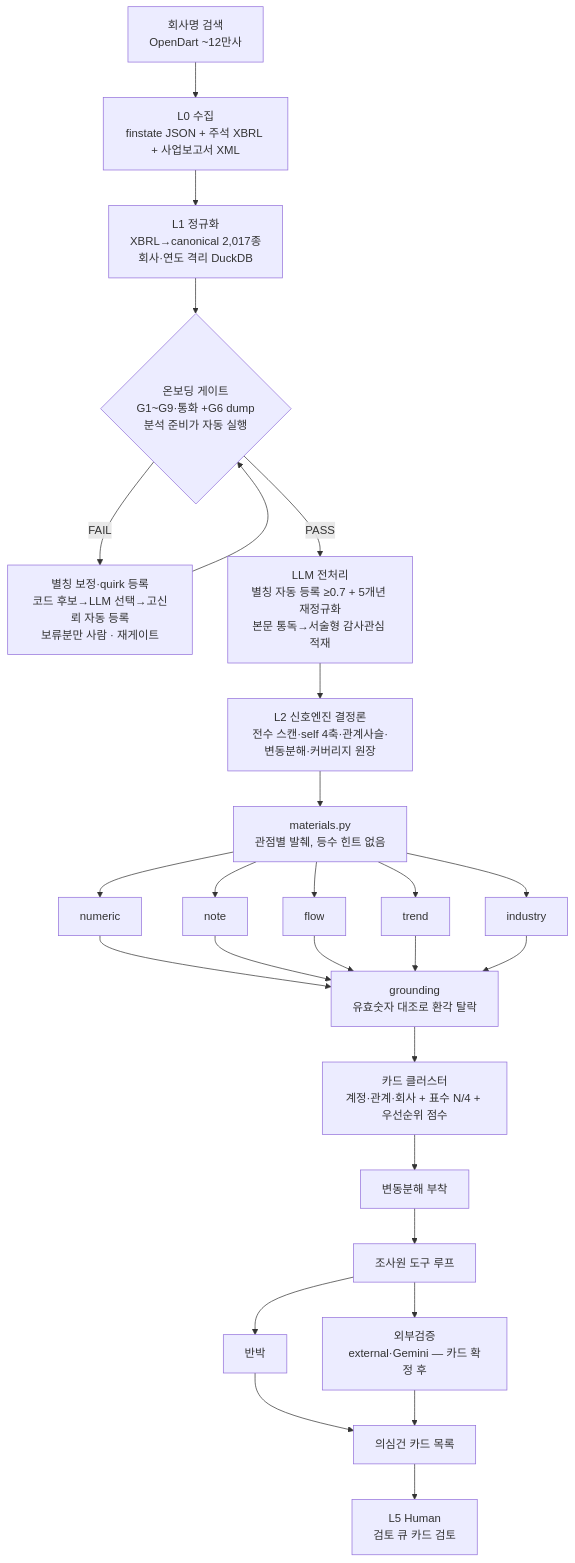
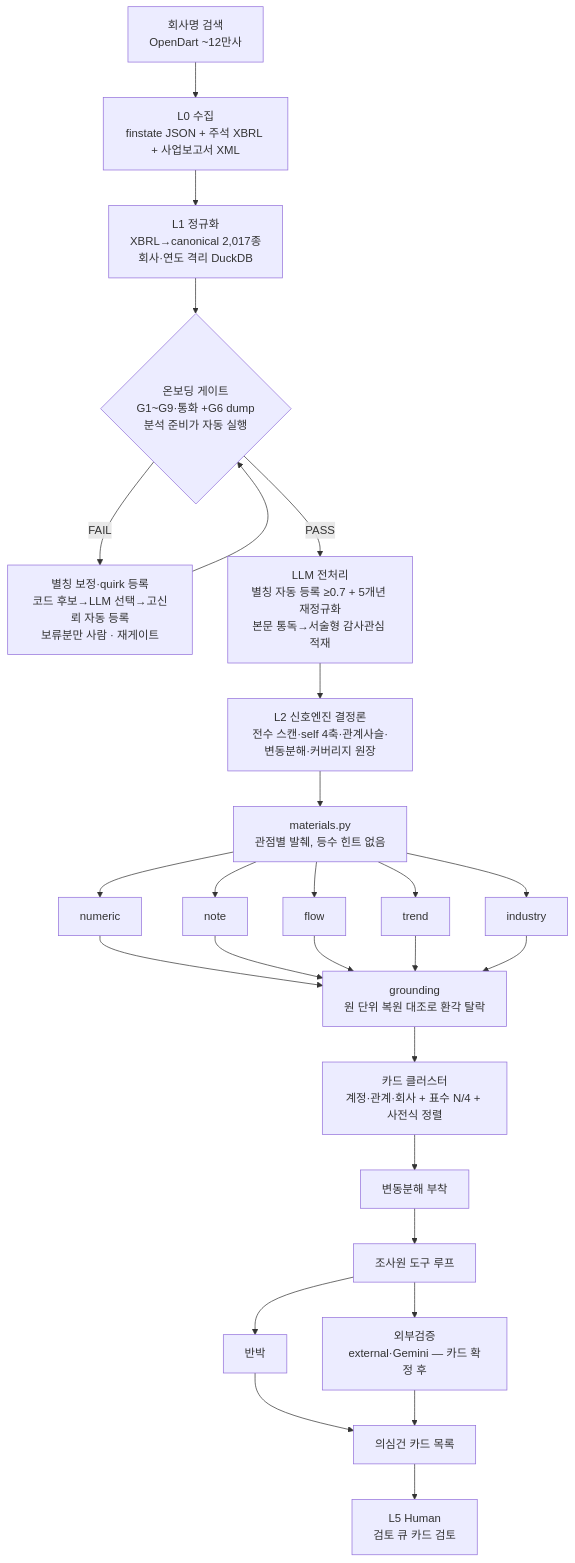
One commit to ghdtjrgns321-creator/fs-multi-analyzer changed the diagram in FINAL-REPORT/2_PIPELINE.md. Above: the diagram before and after it, drawn with Mermaid. The commit also changed other lines of this file and 8 other files, not shown here.

````diff
--- a/FINAL-REPORT/2_PIPELINE.md
+++ b/FINAL-REPORT/2_PIPELINE.md
@@ -5,24 +5,24 @@
 ```mermaid
 flowchart TD
     A[회사명 검색<br/>OpenDart ~12만사] --> B[L0 수집<br/>finstate JSON + 주석 XBRL + 사업보고서 XML]
     B --> C[L1 정규화<br/>XBRL→canonical 2,017종<br/>회사·연도 격리 DuckDB]
     C --> G{온보딩 게이트<br/>G1~G9·통화 +G6 dump<br/>분석 준비가 자동 실행}
     G -->|FAIL| Q[별칭 보정·quirk 등록<br/>코드 후보→LLM 선택→고신뢰 자동 등록<br/>보류분만 사람 · 재게이트]
     Q --> G
     G -->|PASS| OB[LLM 전처리<br/>별칭 자동 등록 ≥0.7 + 5개년 재정규화<br/>본문 통독→서술형 감사관심 적재]
     OB --> S[L2 신호엔진 결정론<br/>전수 스캔·self 4축·관계사슬·변동분해·커버리지 원장]
     S --> M[materials.py<br/>관점별 발췌, 등수 힌트 없음]
     M --> P1[numeric]
     M --> P2[note]
     M --> P3[flow]
     M --> P4[trend]
     M --> P5[industry]
-    P1 & P2 & P3 & P4 & P5 --> GR[grounding<br/>유효숫자 대조로 환각 탈락]
-    GR --> CB[카드 클러스터<br/>계정·관계·회사 + 표수 N/4 + 우선순위 점수]
+    P1 & P2 & P3 & P4 & P5 --> GR[grounding<br/>원 단위 복원 대조로 환각 탈락]
+    GR --> CB[카드 클러스터<br/>계정·관계·회사 + 표수 N/4 + 사전식 정렬]
     CB --> DEC[변동분해 부착]
     DEC --> INV[조사원 도구 루프]
     INV --> RB[반박]
     INV --> EV[외부검증<br/>external·Gemini — 카드 확정 후]
     RB & EV --> CARD[의심건 카드 목록]
     CARD --> H[L5 Human<br/>검토 큐 카드 검토]
 ```
````
